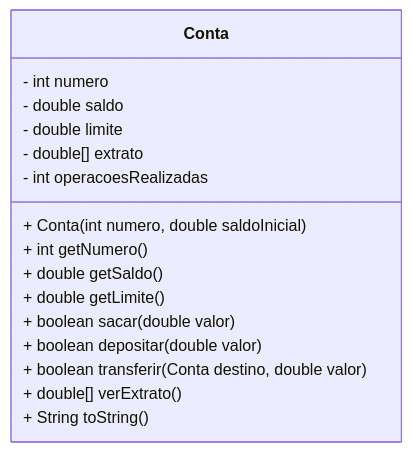
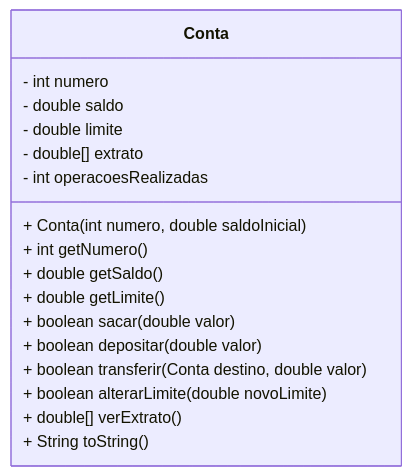
The diagram in README.md (profBruno-UFC-Qx/qxd0007-conta-bancaria-simples), drawn with Mermaid before and after one commit. The commit also changed other lines of this file and 3 other files, not shown here.

````diff
--- a/README.md
+++ b/README.md
@@ -47,20 +52,21 @@
 ```mermaid
 classDiagram
     class Conta {
         - int numero
         - double saldo
         - double limite
         - double[] extrato
         - int operacoesRealizadas
 
         + Conta(int numero, double saldoInicial)
         + int getNumero()
         + double getSaldo()
         + double getLimite()
         + boolean sacar(double valor)
         + boolean depositar(double valor)
         + boolean transferir(Conta destino, double valor)
+        + boolean alterarLimite(double novoLimite)
         + double[] verExtrato()
         + String toString()
     }
 ```
````
